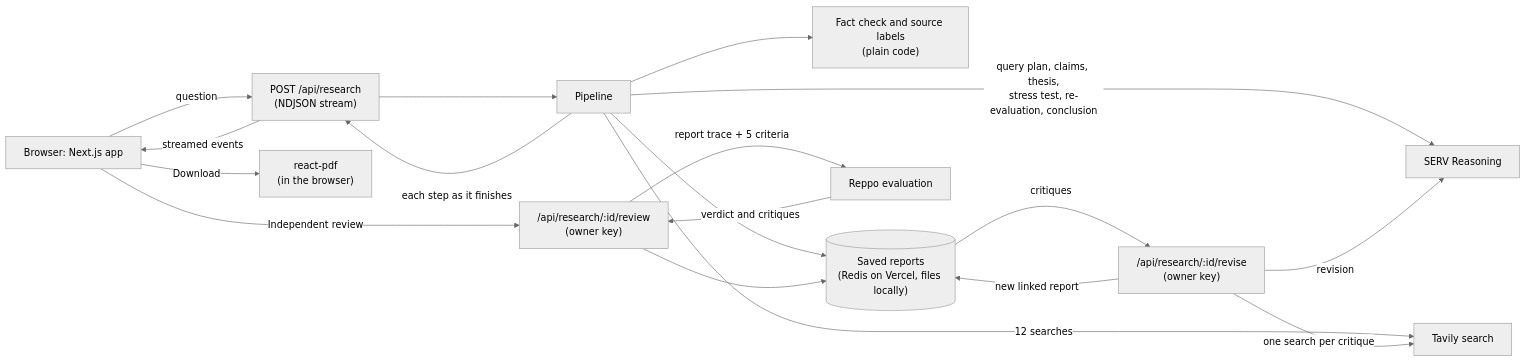
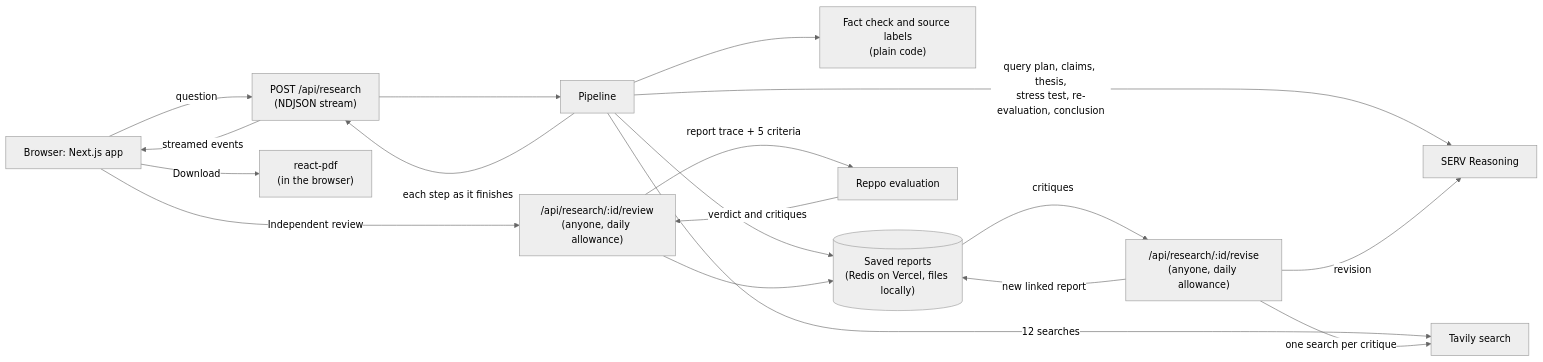
One commit to Mhiah/crux changed the diagram in README.md. Above: the diagram before and after it, drawn with Mermaid (neutral theme). The commit also changed other lines of this file and 8 other files, not shown here.

First line of the commit message:
feat(s2): anyone can request a Reppo review and improve a report, within daily allowances

````diff
--- a/README.md
+++ b/README.md
@@ -113,31 +113,31 @@
 ```mermaid
 flowchart LR
   Browser[Browser: Next.js app]
   API["POST /api/research<br/>(NDJSON stream)"]
   Pipeline[Pipeline]
   Tavily[Tavily search]
   SERV[SERV Reasoning]
   Check["Fact check and source labels<br/>(plain code)"]
   Store[("Saved reports<br/>(Redis on Vercel, files locally)")]
-  Review["/api/research/:id/review<br/>(owner key)"]
+  Review["/api/research/:id/review<br/>(anyone, daily allowance)"]
   Reppo[Reppo evaluation]
   PDF["react-pdf<br/>(in the browser)"]
 
   Browser -->|question| API
   API --> Pipeline
   Pipeline -->|query plan, claims, thesis,<br/>stress test, re-evaluation, conclusion| SERV
   Pipeline -->|12 searches| Tavily
   Pipeline --> Check
   Pipeline -->|each step as it finishes| API
   API -->|streamed events| Browser
   Pipeline --> Store
   Browser -->|Independent review| Review
   Review -->|report trace + 5 criteria| Reppo
   Reppo -->|verdict and critiques| Review
   Review --> Store
-  Store -->|critiques| Improve["/api/research/:id/revise<br/>(owner key)"]
+  Store -->|critiques| Improve["/api/research/:id/revise<br/>(anyone, daily allowance)"]
   Improve -->|one search per critique| Tavily
   Improve -->|revision| SERV
   Improve -->|new linked report| Store
   Browser -->|Download| PDF
 ```
````
